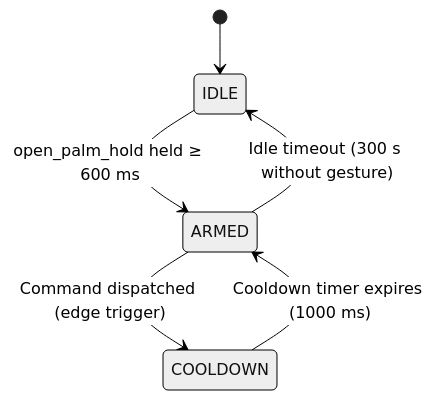
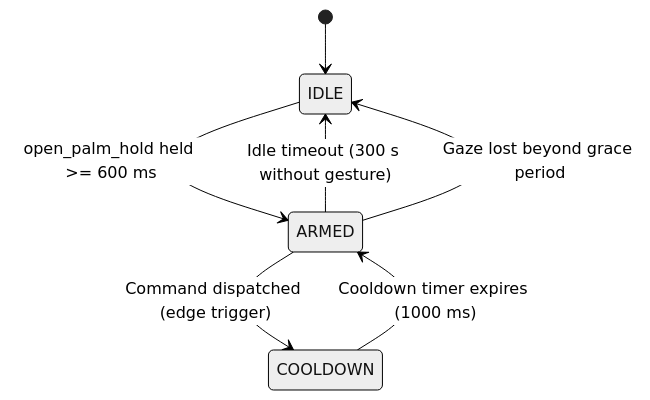
The third of 6 diagrams in docs/architecture/process-view.md (ntsrigaud/Maestro), drawn with Mermaid (neutral theme) before and after one commit. The commit also changed other lines of this file, not shown here.

First line of the commit message:
docs(architecture): incorporate gaze-aware behavior into process view

````diff
--- a/docs/architecture/process-view.md
+++ b/docs/architecture/process-view.md
@@ -64,9 +94,10 @@
 ```mermaid
 stateDiagram-v2
     [*] --> IDLE
 
-    IDLE --> ARMED : open_palm_hold held ≥ 600 ms
+    IDLE --> ARMED : open_palm_hold held >= 600 ms
     ARMED --> COOLDOWN : Command dispatched (edge trigger)
     ARMED --> IDLE : Idle timeout (300 s without gesture)
     COOLDOWN --> ARMED : Cooldown timer expires (1000 ms)
+    ARMED --> IDLE : Gaze lost beyond grace period
 ```
````
